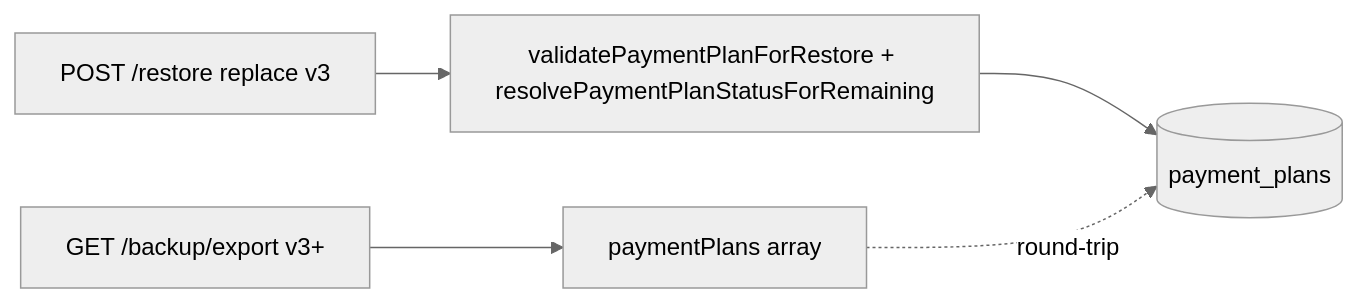
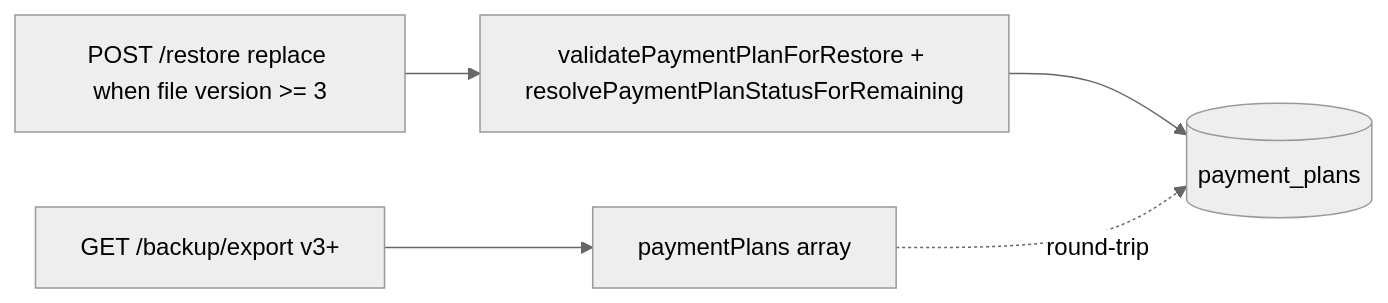
The fourth of 4 diagrams in docs/PAYMENT_PLANS.md (becomeonewiththecode/expense_tracker), drawn with Mermaid (neutral theme) before and after one commit. The commit also changed other lines of this file and 59 other files, not shown here.

````diff
--- a/docs/PAYMENT_PLANS.md
+++ b/docs/PAYMENT_PLANS.md
@@ -85,8 +85,8 @@
 ```mermaid
 flowchart LR
   EXP["GET /backup/export v3+"] --> ARR["paymentPlans array"]
-  RST["POST /restore replace v3"]
+  RST["POST /restore replace when file version >= 3"]
   VAL["validatePaymentPlanForRestore + resolvePaymentPlanStatusForRemaining"]
   RST --> VAL --> PG[(payment_plans)]
   ARR -.->|round-trip| PG
 ```
````
